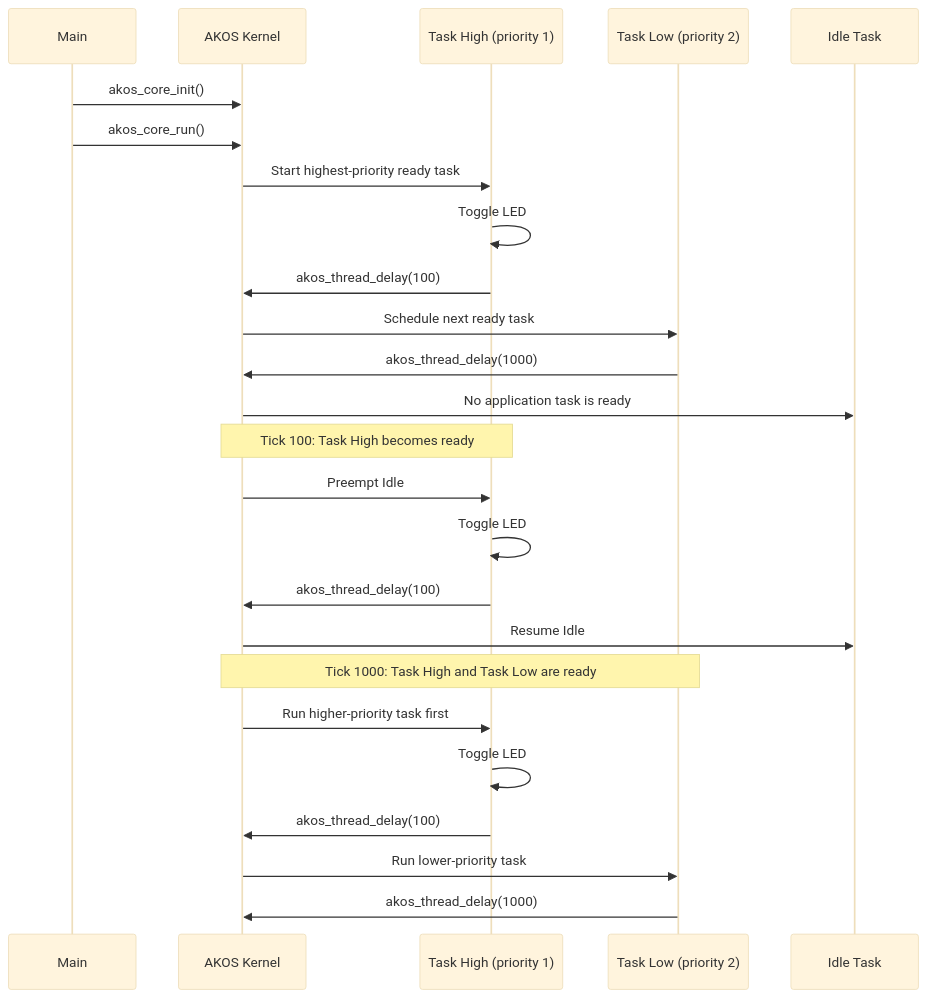
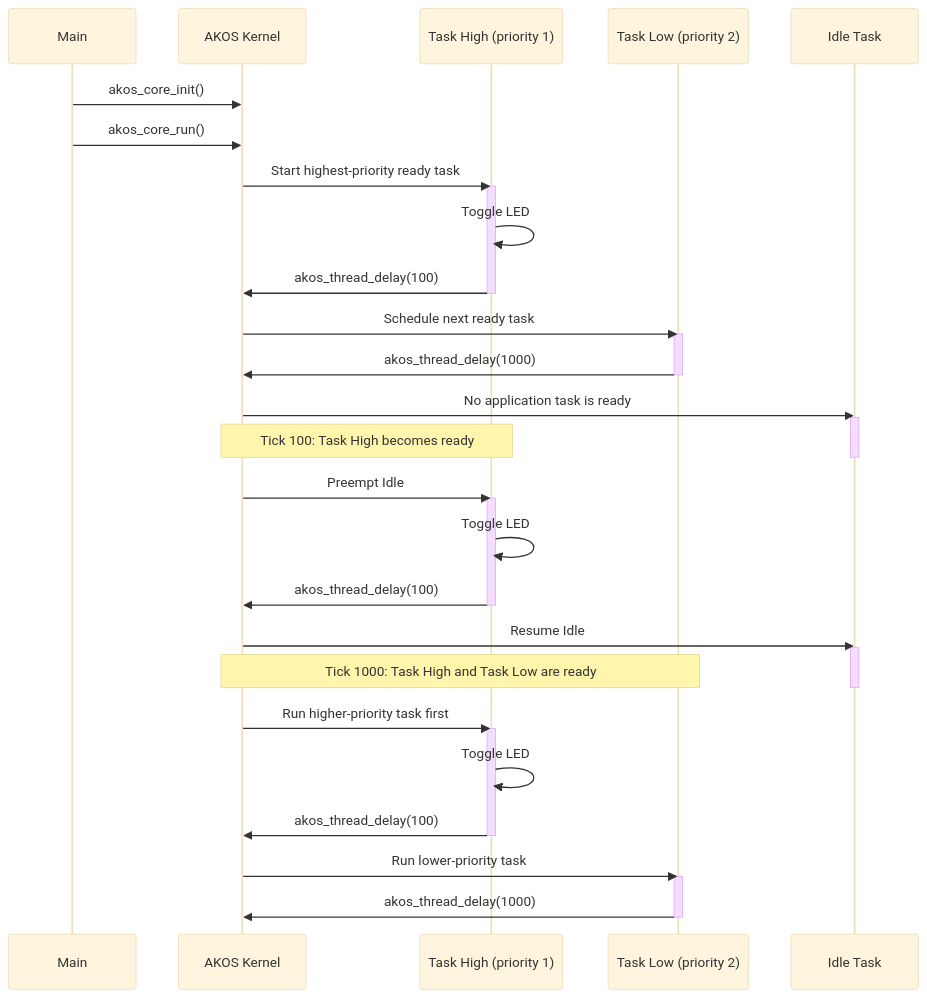
The diagram in examples/priority/README.md (the-ak-foundation/akos), drawn with Mermaid (base theme) before and after one commit. The commit also changed other lines of this file and 3 other files, not shown here.

Commit message:
[UPDATE] update sequence diagrams

````diff
--- a/examples/priority/README.md
+++ b/examples/priority/README.md
@@ -6,32 +7,46 @@
 ```mermaid
 sequenceDiagram
     participant Main
     participant Kernel as AKOS Kernel
     participant High as Task High (priority 1)
     participant Low as Task Low (priority 2)
     participant Idle as Idle Task
 
     Main->>Kernel: akos_core_init()
     Main->>Kernel: akos_core_run()
 
     Kernel->>High: Start highest-priority ready task
+    activate High
     High->>High: Toggle LED
     High->>Kernel: akos_thread_delay(100)
+    deactivate High
 
     Kernel->>Low: Schedule next ready task
+    activate Low
     Low->>Kernel: akos_thread_delay(1000)
+    deactivate Low
     Kernel->>Idle: No application task is ready
+    activate Idle
 
     Note over Kernel,High: Tick 100: Task High becomes ready
+    deactivate Idle
     Kernel->>High: Preempt Idle
+    activate High
     High->>High: Toggle LED
     High->>Kernel: akos_thread_delay(100)
+    deactivate High
     Kernel->>Idle: Resume Idle
+    activate Idle
 
     Note over Kernel,Low: Tick 1000: Task High and Task Low are ready
+    deactivate Idle
     Kernel->>High: Run higher-priority task first
+    activate High
     High->>High: Toggle LED
     High->>Kernel: akos_thread_delay(100)
+    deactivate High
     Kernel->>Low: Run lower-priority task
+    activate Low
     Low->>Kernel: akos_thread_delay(1000)
+    deactivate Low
 ```
````
